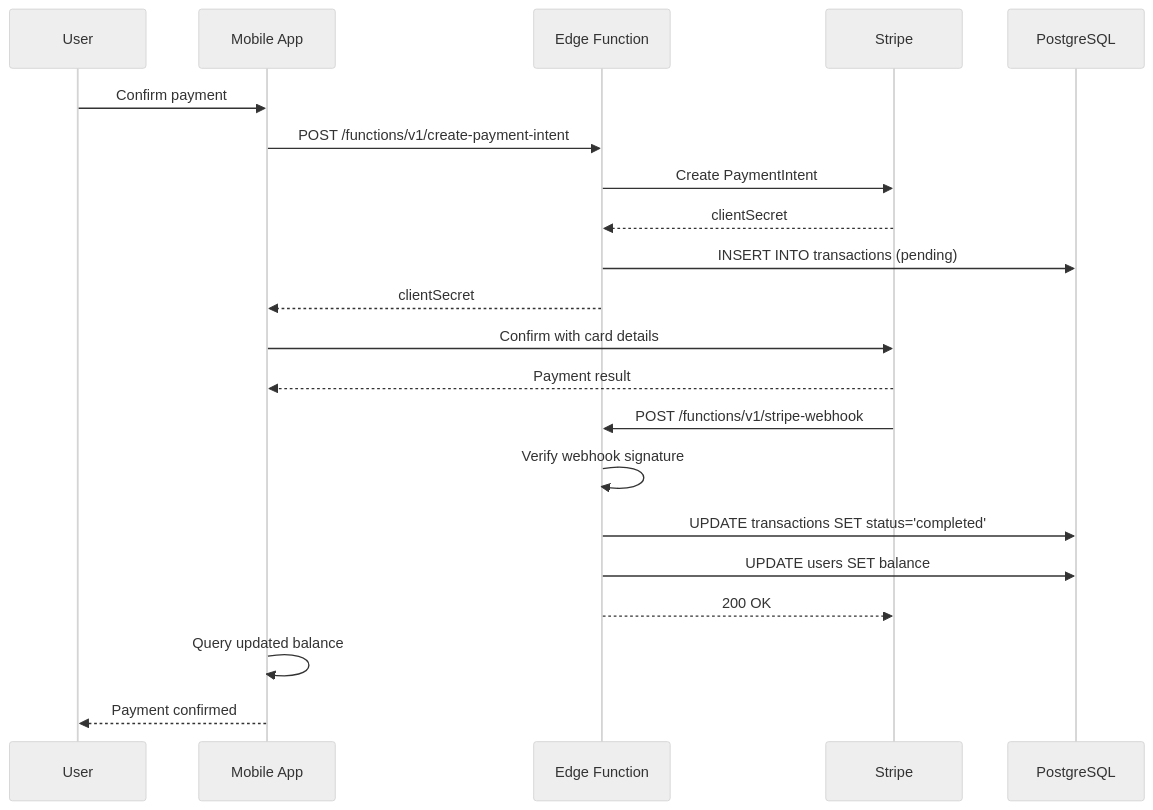
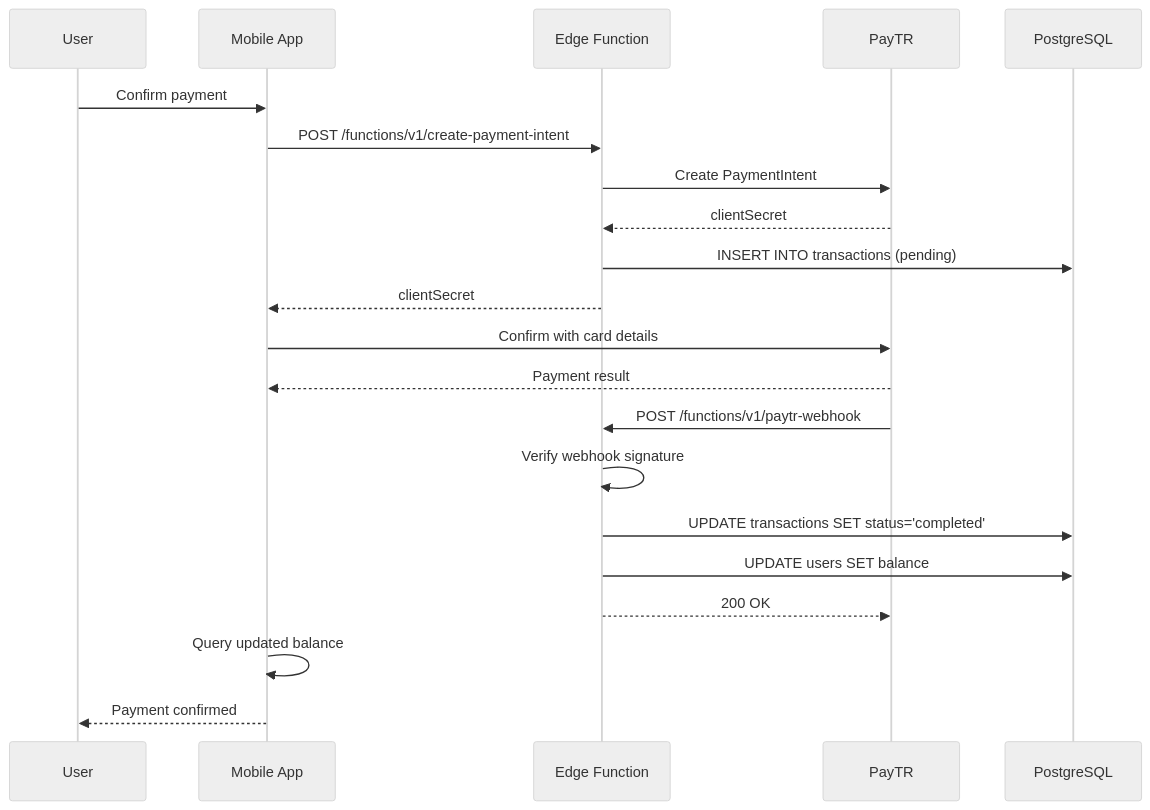
Before and after one commit to weareasocialyazilim/travelmatch: the tenth of 12 diagrams in docs/architecture/C4_MODEL.md, drawn with Mermaid (neutral theme). The commit also changed other lines of this file and 16 other files, not shown here.

````diff
--- a/docs/architecture/C4_MODEL.md
+++ b/docs/architecture/C4_MODEL.md
@@ -558,27 +558,27 @@
 ```mermaid
 sequenceDiagram
     participant U as User
     participant M as Mobile App
     participant E as Edge Function
-    participant ST as Stripe
+    participant ST as PayTR
     participant P as PostgreSQL
 
     U->>M: Confirm payment
     M->>E: POST /functions/v1/create-payment-intent
     E->>ST: Create PaymentIntent
     ST-->>E: clientSecret
     E->>P: INSERT INTO transactions (pending)
     E-->>M: clientSecret
 
     M->>ST: Confirm with card details
     ST-->>M: Payment result
 
-    ST->>E: POST /functions/v1/stripe-webhook
+    ST->>E: POST /functions/v1/paytr-webhook
     E->>E: Verify webhook signature
     E->>P: UPDATE transactions SET status='completed'
     E->>P: UPDATE users SET balance
     E-->>ST: 200 OK
 
     M->>M: Query updated balance
     M-->>U: Payment confirmed
 ```
````
